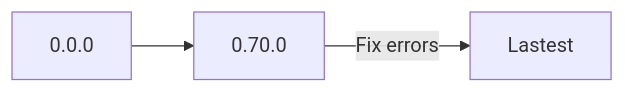
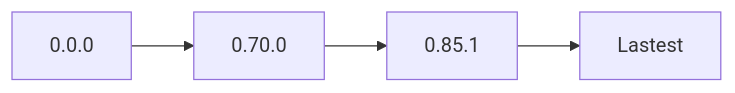
One commit to zmjack/NStandard changed the diagram in README.md. Above: the diagram before and after it, drawn with Mermaid. The commit also changed other lines of this file and 231 other files, not shown here.

````diff
--- a/README.md
+++ b/README.md
@@ -48,4 +48,4 @@
 ```mermaid
 graph LR
-0.0.0 --> 0.70.0 --> |Fix errors| Lastest
+0.0.0 --> 0.70.0 --> 0.85.1 --> Lastest
 ```
````
